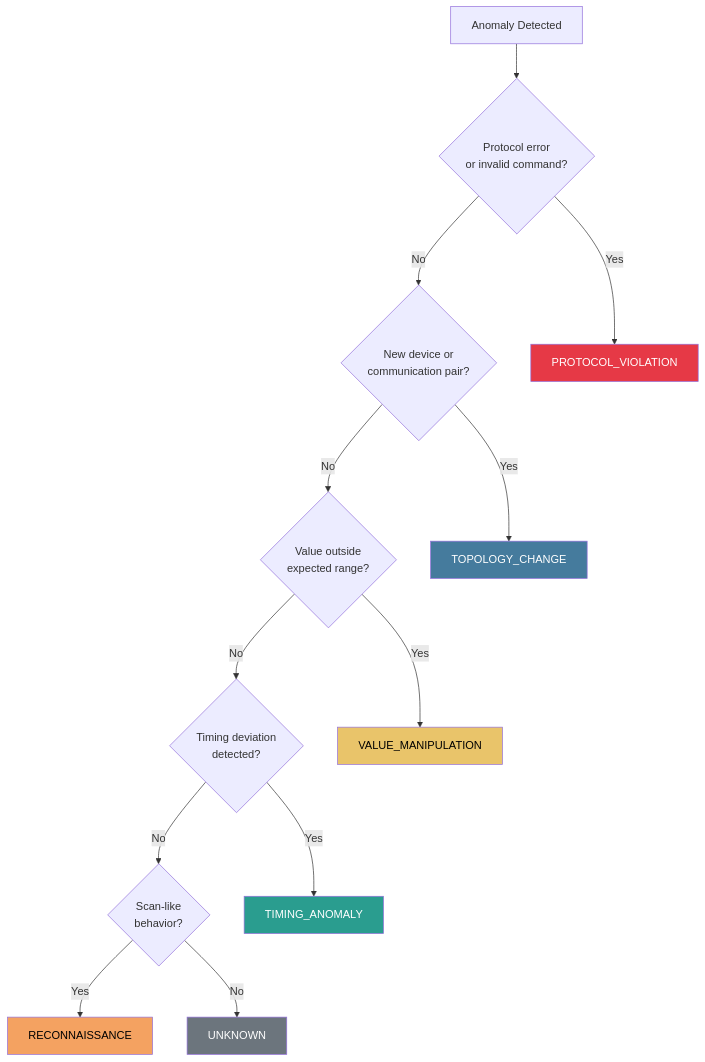
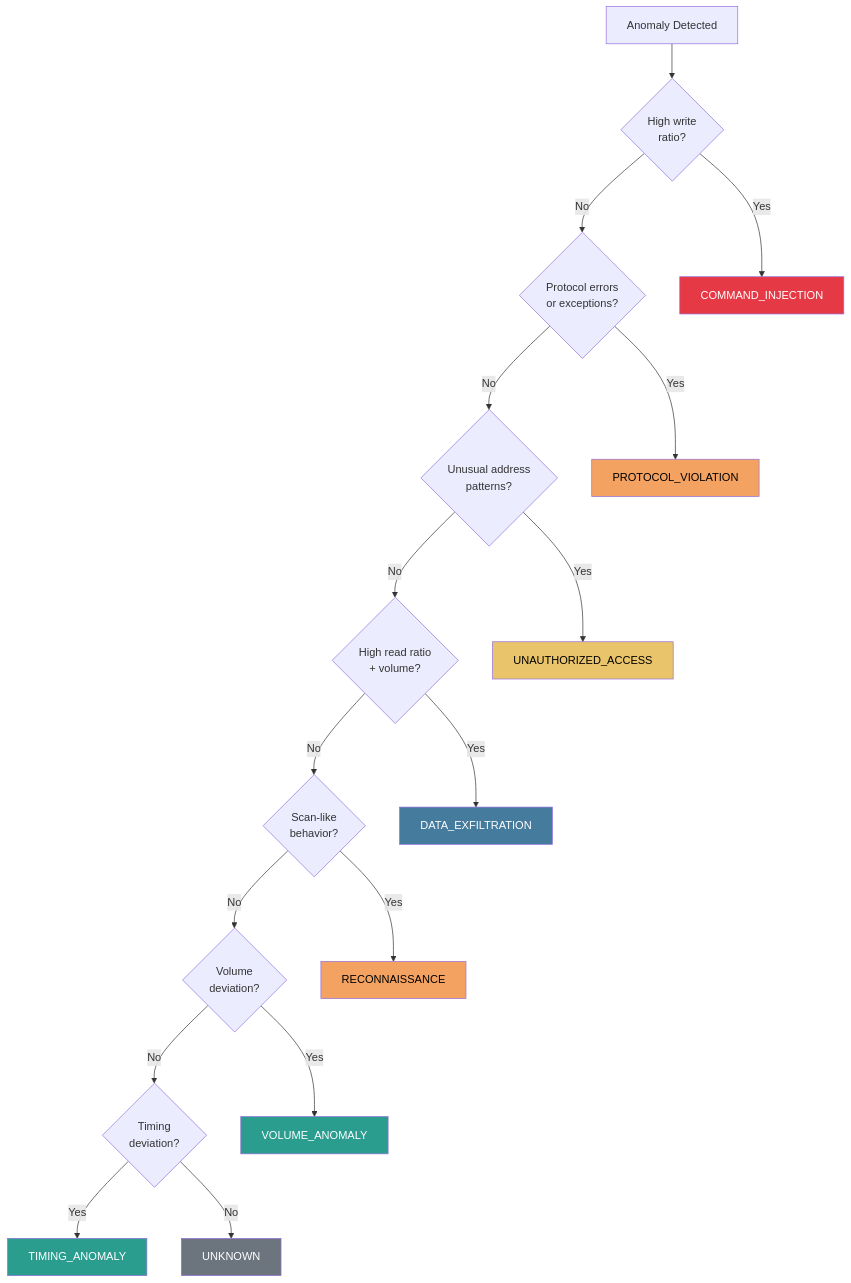
One commit to caverac/ics-anomaly-detection changed the fifth of 5 diagrams in packages/docs/docs/domain/anomaly-types.md. Above: the diagram before and after it, drawn with Mermaid. The commit also changed other lines of this file and 35 other files, not shown here.

````diff
--- a/packages/docs/docs/domain/anomaly-types.md
+++ b/packages/docs/docs/domain/anomaly-types.md
@@ -238,36 +258,46 @@
 ```mermaid
 flowchart TB
     START["Anomaly Detected"]
 
-    Q1{"Protocol error<br/>or invalid command?"}
-    Q2{"New device or<br/>communication pair?"}
-    Q3{"Value outside<br/>expected range?"}
-    Q4{"Timing deviation<br/>detected?"}
+    Q1{"High write<br/>ratio?"}
+    Q2{"Protocol errors<br/>or exceptions?"}
+    Q3{"Unusual address<br/>patterns?"}
+    Q4{"High read ratio<br/>+ volume?"}
     Q5{"Scan-like<br/>behavior?"}
+    Q6{"Volume<br/>deviation?"}
+    Q7{"Timing<br/>deviation?"}
 
-    A1["PROTOCOL_VIOLATION"]
-    A2["TOPOLOGY_CHANGE"]
-    A3["VALUE_MANIPULATION"]
-    A4["TIMING_ANOMALY"]
+    A1["COMMAND_INJECTION"]
+    A2["PROTOCOL_VIOLATION"]
+    A3["UNAUTHORIZED_ACCESS"]
+    A4["DATA_EXFILTRATION"]
     A5["RECONNAISSANCE"]
-    A6["UNKNOWN"]
+    A6["VOLUME_ANOMALY"]
+    A7["TIMING_ANOMALY"]
+    A8["UNKNOWN"]
 
     START --> Q1
     Q1 -->|Yes| A1
     Q1 -->|No| Q2
     Q2 -->|Yes| A2
     Q2 -->|No| Q3
     Q3 -->|Yes| A3
     Q3 -->|No| Q4
     Q4 -->|Yes| A4
     Q4 -->|No| Q5
     Q5 -->|Yes| A5
-    Q5 -->|No| A6
+    Q5 -->|No| Q6
+    Q6 -->|Yes| A6
+    Q6 -->|No| Q7
+    Q7 -->|Yes| A7
+    Q7 -->|No| A8
 
     style A1 fill:#e63946,color:#fff
-    style A2 fill:#457b9d,color:#fff
+    style A2 fill:#f4a261,color:#000
     style A3 fill:#e9c46a,color:#000
-    style A4 fill:#2a9d8f,color:#fff
+    style A4 fill:#457b9d,color:#fff
     style A5 fill:#f4a261,color:#000
-    style A6 fill:#6c757d,color:#fff
+    style A6 fill:#2a9d8f,color:#fff
+    style A7 fill:#2a9d8f,color:#fff
+    style A8 fill:#6c757d,color:#fff
 ```
````
